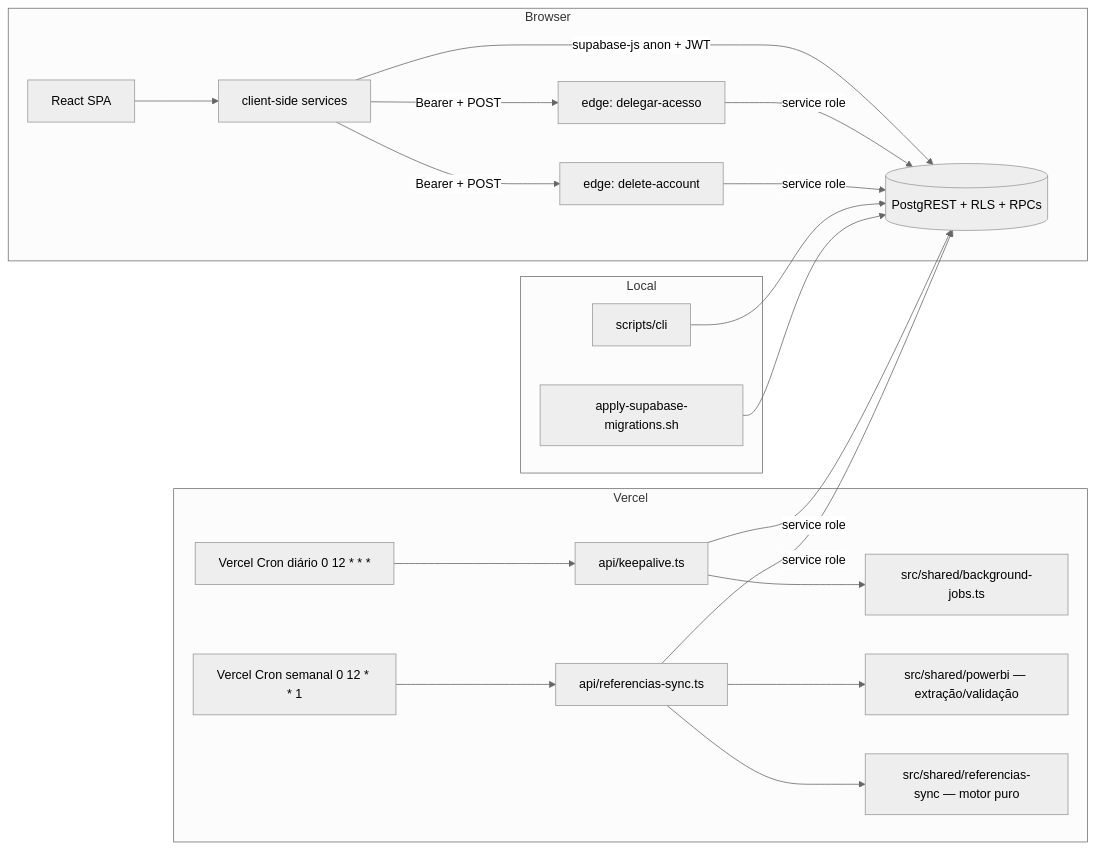
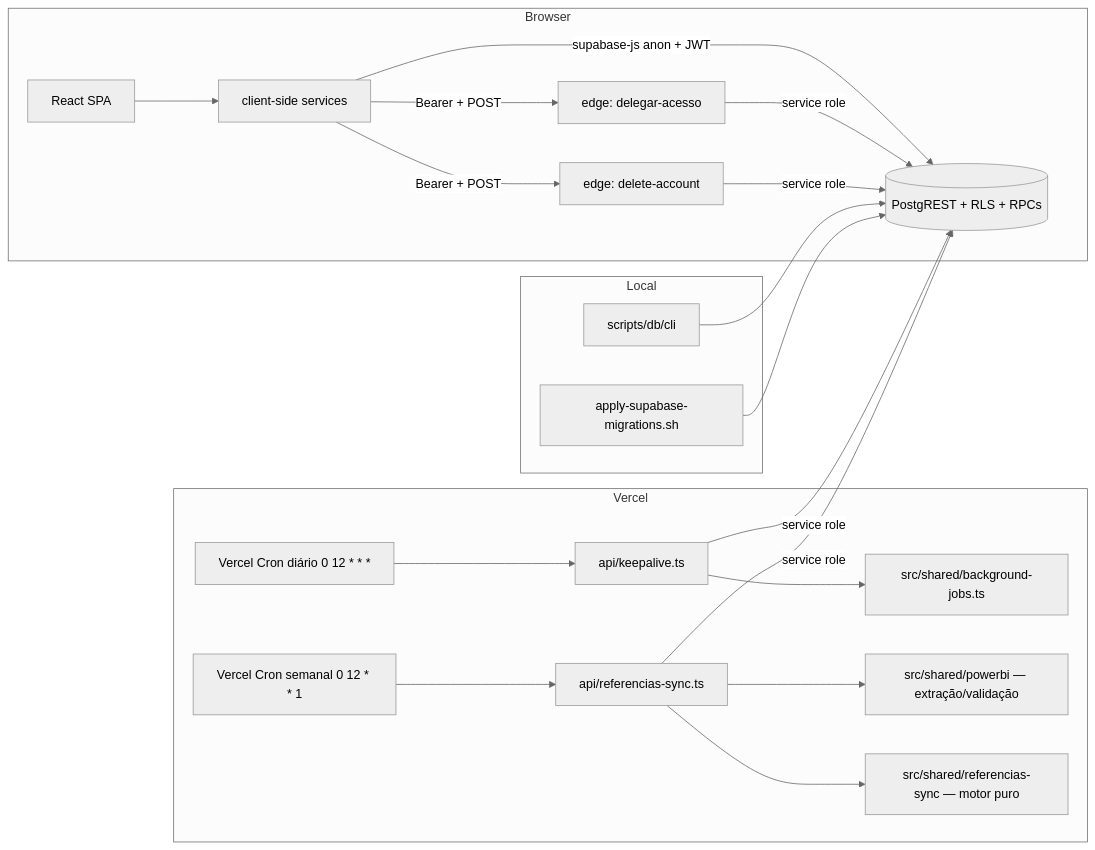
The diagram in .ai/specs/current/backend/overview.md (lucasmm96/meufenil), drawn with Mermaid (neutral theme) before and after one commit. The commit also changed other lines of this file and 61 other files, not shown here.

````diff
--- a/.ai/specs/current/backend/overview.md
+++ b/.ai/specs/current/backend/overview.md
@@ -32,24 +32,24 @@
 ```mermaid
 flowchart LR
     subgraph Browser
         UI[React SPA] --> SVC[client-side services]
         SVC -->|supabase-js anon + JWT| PG[(PostgREST + RLS + RPCs)]
         SVC -->|Bearer + POST| ED1[edge: delegar-acesso]
         SVC -->|Bearer + POST| ED2[edge: delete-account]
     end
     subgraph Vercel
         CRON[Vercel Cron diário 0 12 * * *] --> KEEP[api/keepalive.ts]
         KEEP --> BGJ[src/shared/background-jobs.ts]
         CRONW[Vercel Cron semanal 0 12 * * 1] --> SYNC[api/referencias-sync.ts]
         SYNC --> PBI[src/shared/powerbi — extração/validação]
         SYNC --> MOT[src/shared/referencias-sync — motor puro]
     end
     KEEP -->|service role| PG
     SYNC -->|service role| PG
     ED1 -->|service role| PG
     ED2 -->|service role| PG
     subgraph Local
-        CLI[scripts/cli] --> PG
+        CLI[scripts/db/cli] --> PG
         MIG[apply-supabase-migrations.sh] --> PG
     end
 ```
````
